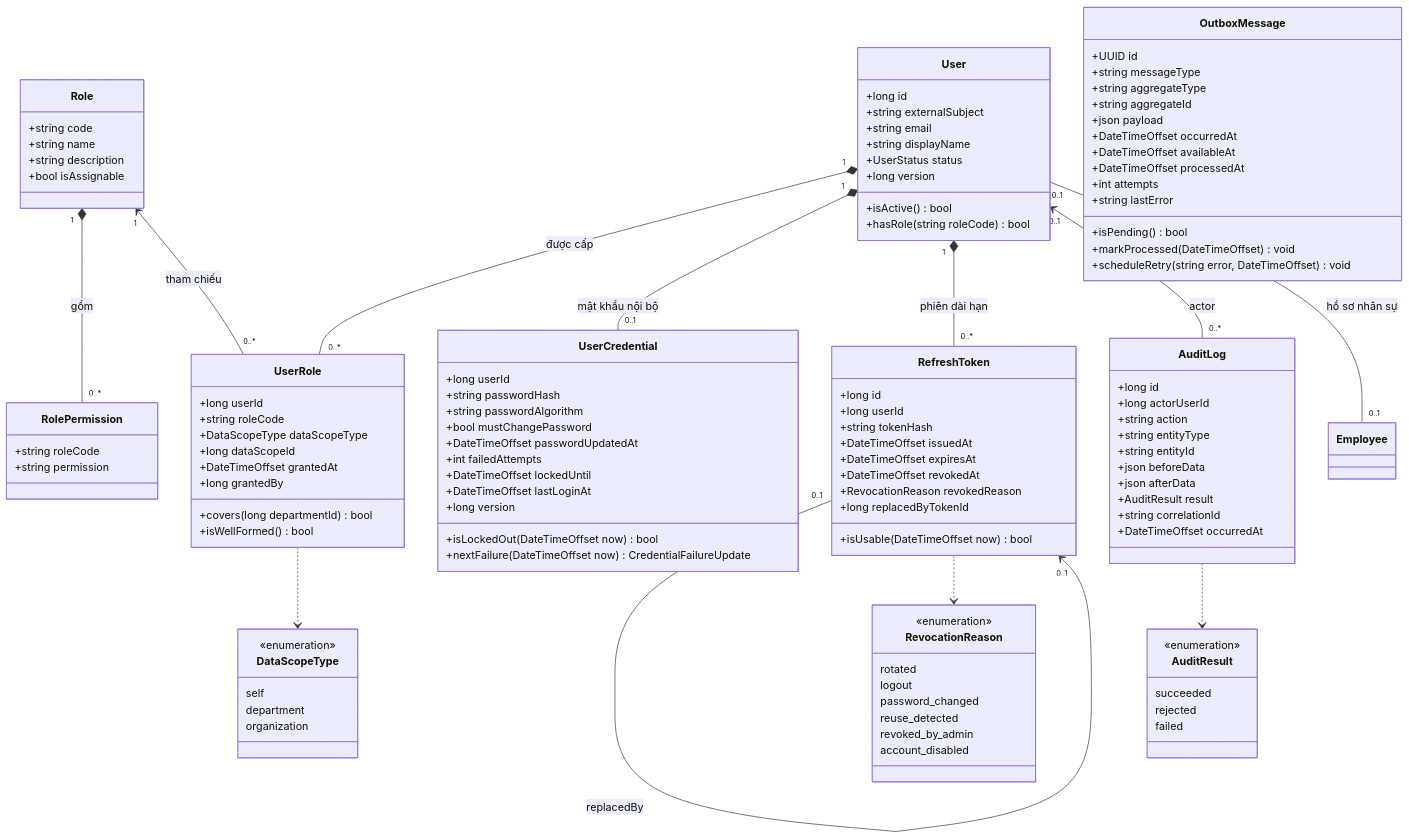
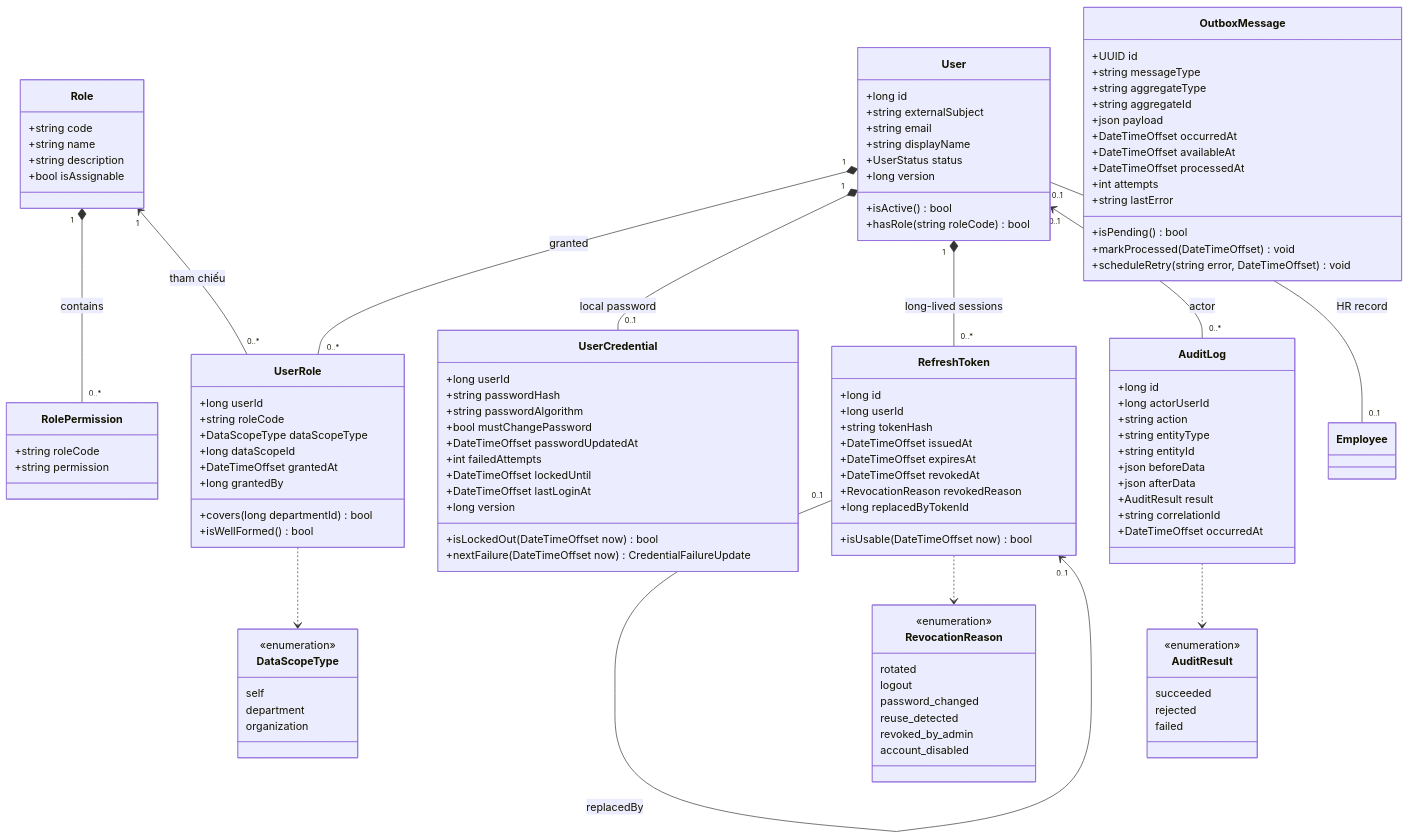
Before and after one commit to nvdat16/QLNS: the fifth of 8 diagrams in docs/class_diagrams.md, drawn with Mermaid. The commit also changed other lines of this file and 25 other files, not shown here.

```diff
--- a/docs/class_diagrams.md
+++ b/docs/class_diagrams.md
@@ -766,12 +766,12 @@
         account_disabled
     }
 
-    User "1" *-- "0..*" UserRole : được cấp
-    User "1" *-- "0..1" UserCredential : mật khẩu nội bộ
-    User "1" *-- "0..*" RefreshToken : phiên dài hạn
+    User "1" *-- "0..*" UserRole : granted
+    User "1" *-- "0..1" UserCredential : local password
+    User "1" *-- "0..*" RefreshToken : long-lived sessions
     User "0..1" <-- "0..*" AuditLog : actor
-    User "0..1" -- "0..1" Employee : hồ sơ nhân sự
-    Role "1" *-- "0..*" RolePermission : gồm
+    User "0..1" -- "0..1" Employee : HR record
+    Role "1" *-- "0..*" RolePermission : contains
     Role "1" <-- "0..*" UserRole : tham chiếu
     RefreshToken "0..1" --> "0..1" RefreshToken : replacedBy
     UserRole ..> DataScopeType
```
